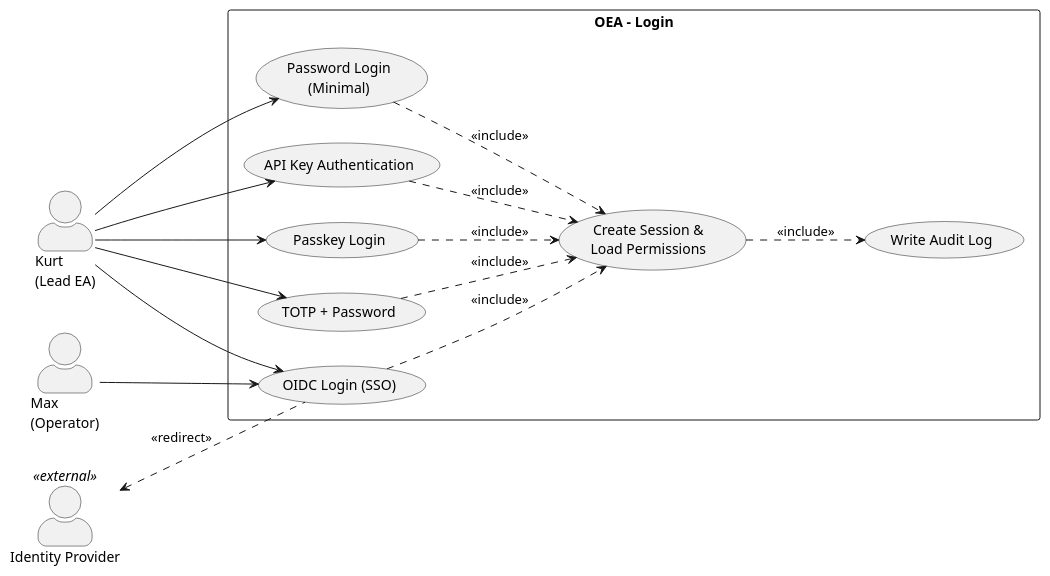
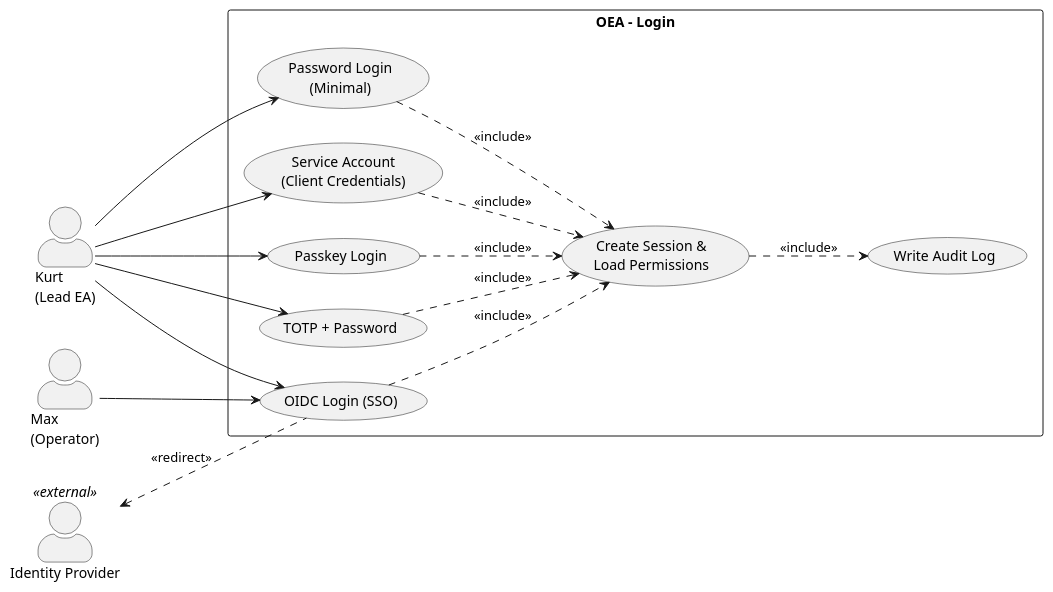
Before and after one commit to open-enterprise-architecture/OEA: the diagram in requirements/use-cases/UC-01-login.md, drawn with PlantUML. The commit also changed other lines of this file and 78 other files, not shown here.

````diff
--- a/requirements/use-cases/UC-01-login.md
+++ b/requirements/use-cases/UC-01-login.md
@@ -31,36 +31,36 @@
 ```plantuml
 @startuml UC-01-Login
 left to right direction
 skinparam actorStyle awesome
 
 actor "Kurt\n(Lead EA)" as Kurt
 actor "Max\n(Operator)" as Max
 actor "Identity Provider" as IdP <<external>>
 
 rectangle "OEA – Login" {
   usecase "OIDC Login (SSO)" as UC_OIDC
   usecase "Passkey Login" as UC_Passkey
   usecase "TOTP + Password" as UC_TOTP
   usecase "Password Login\n(Minimal)" as UC_PW
-  usecase "API Key Authentication" as UC_API
+  usecase "Service Account\n(Client Credentials)" as UC_API
   usecase "Create Session &\nLoad Permissions" as UC_Session
   usecase "Write Audit Log" as UC_Audit
 }
 
 Kurt --> UC_OIDC
 Kurt --> UC_Passkey
 Kurt --> UC_TOTP
 Kurt --> UC_PW
 Kurt --> UC_API
 Max --> UC_OIDC
 
 IdP <.. UC_OIDC : <<redirect>>
 
 UC_OIDC ..> UC_Session : <<include>>
 UC_Passkey ..> UC_Session : <<include>>
 UC_TOTP ..> UC_Session : <<include>>
 UC_PW ..> UC_Session : <<include>>
 UC_API ..> UC_Session : <<include>>
 UC_Session ..> UC_Audit : <<include>>
 @enduml
 ```
````
